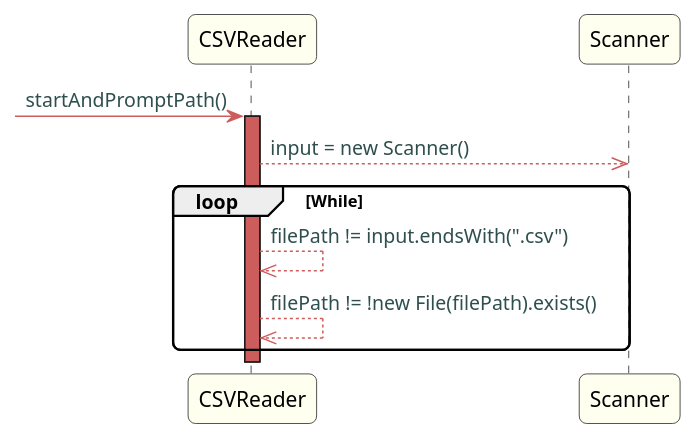
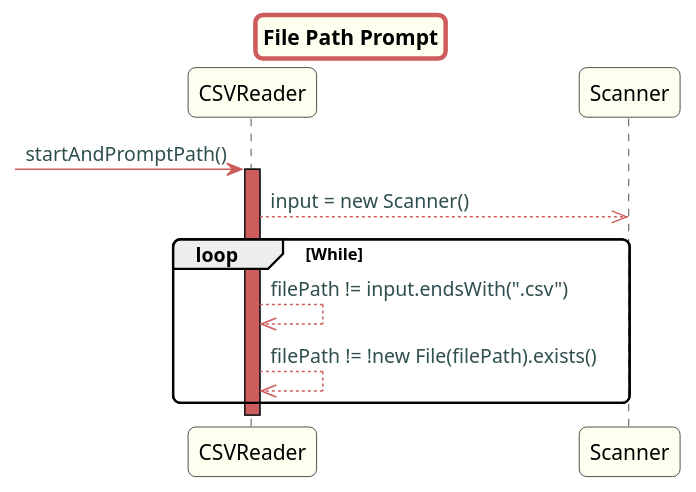
Before and after one commit to Almadanmp/project: the diagram in src/doc/Controllers/HouseConfiguration/US20/US20FilePathPrompt.puml, drawn with PlantUML. The commit also changed 12 other files, not shown here.

First line of the commit message:
ref #169 UML format update + readinglist and sensor tests added

```diff
--- a/src/doc/Controllers/HouseConfiguration/US20/US20FilePathPrompt.puml
+++ b/src/doc/Controllers/HouseConfiguration/US20/US20FilePathPrompt.puml
@@ -1,43 +1,45 @@
 @startuml
+
+title File Path Prompt
 
 skinparam titleBorderRoundCorner 10
 skinparam titleBorderThickness 3
 skinparam titleBorderColor indianred
 skinparam titleBackgroundColor ivory
 skinparam FontName quicksand
 
 skinparam actor {
- 	BorderColor indianred
- 	}
+  BorderColor indianred
+  }
 
- skinparam sequence {
- 	LifeLineBackgroundColor indianred
- 	ParticipantBackgroundColor ivory
- }
+skinparam sequence {
+  LifeLineBackgroundColor indianred
+  ParticipantBackgroundColor ivory
+}
 
- skinparam roundcorner 10
+skinparam roundcorner 10
 
- skinparam component {
-   arrowThickness 1
-   ArrowFontName Verdana
-   ArrowColor indianred
-   ArrowFontColor darkslategrey
- }
+skinparam component {
+  arrowThickness 1
+  ArrowFontName Verdana
+  ArrowColor indianred
+  ArrowFontColor darkslategrey
+}
 
 
 
 -> CSVReader: startAndPromptPath()
 activate CSVReader
 CSVReader -->> Scanner: input = new Scanner()
 
 loop While
 
 CSVReader -->> CSVReader: filePath != input.endsWith(".csv")
 CSVReader -->> CSVReader: filePath != !new File(filePath).exists()
 
 
 end
 
 
 
 @enduml
```
